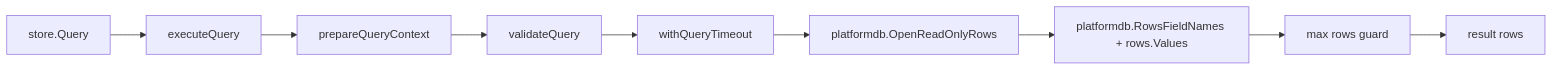
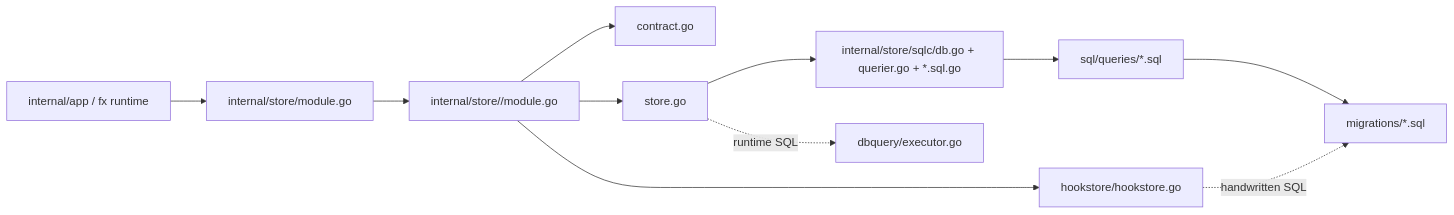
One commit to lihah111222333-cloud/Super-Dolphin-Agent-Cockpit changed the diagram in docs/doc/codemap/10-store.md. Above: the diagram before and after it, drawn with Mermaid. The commit also changed other lines of this file and 9 other files, not shown here.

````diff
--- a/docs/doc/codemap/10-store.md
+++ b/docs/doc/codemap/10-store.md
@@ -632,11 +29,13 @@
 ```mermaid
 flowchart LR
-  q[store.Query] --> e[executeQuery]
-  e --> p[prepareQueryContext]
-  p --> v[validateQuery]
-  v --> t[withQueryTimeout]
-  t --> r[platformdb.OpenReadOnlyRows]
-  r --> m[platformdb.RowsFieldNames + rows.Values]
-  m --> g[max rows guard]
-  g --> out[result rows]
+  A[internal/app / fx runtime] --> B[internal/store/module.go]
+  B --> C[internal/store/<pkg>/module.go]
+  C --> D[contract.go]
+  C --> E[store.go]
+  E --> F[internal/store/sqlc/db.go + querier.go + *.sql.go]
+  F --> G[sql/queries/*.sql]
+  G --> H[migrations/*.sql]
+  C --> I[hookstore/hookstore.go]
+  I -. handwritten SQL .-> H
+  E -. runtime SQL .-> J[dbquery/executor.go]
 ```
````
